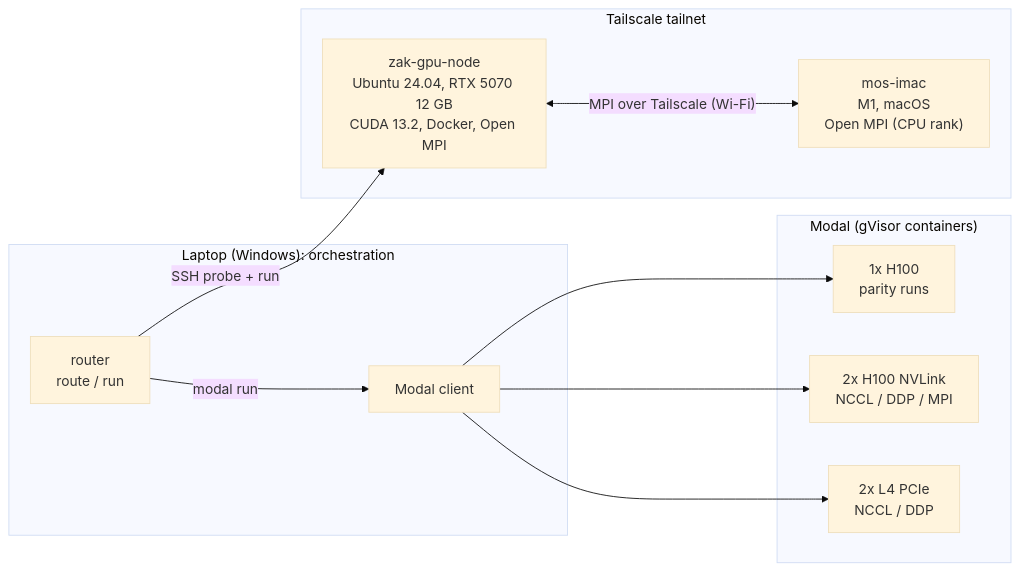
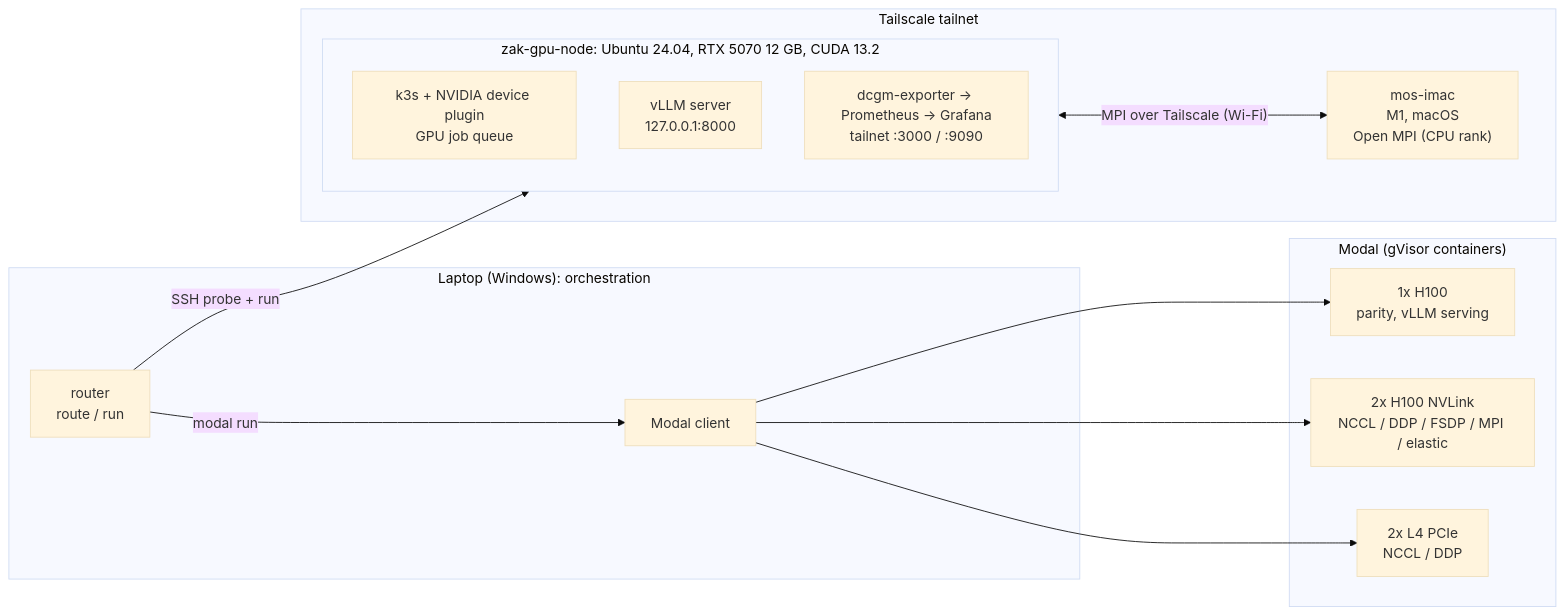
Before and after one commit to zakiscoding/gpu-systems-lab: the diagram in docs/RESULTS.md, drawn with Mermaid (base theme). The commit also changed other lines of this file and 3 other files, not shown here.

First line of the commit message:
Close GPU queue bypass, add node hardening script, update results

````diff
--- a/docs/RESULTS.md
+++ b/docs/RESULTS.md
@@ -8,20 +8,24 @@
 ```mermaid
 flowchart LR
     subgraph Laptop["Laptop (Windows): orchestration"]
         R["router<br/>route / run"]
         M["Modal client"]
     end
     subgraph Home["Tailscale tailnet"]
-        G["zak-gpu-node<br/>Ubuntu 24.04, RTX 5070 12 GB<br/>CUDA 13.2, Docker, Open MPI"]
+        subgraph G["zak-gpu-node: Ubuntu 24.04, RTX 5070 12 GB, CUDA 13.2"]
+            K["k3s + NVIDIA device plugin<br/>GPU job queue"]
+            V["vLLM server<br/>127.0.0.1:8000"]
+            O["dcgm-exporter → Prometheus → Grafana<br/>tailnet :3000 / :9090"]
+        end
         I["mos-imac<br/>M1, macOS<br/>Open MPI (CPU rank)"]
     end
     subgraph Modal["Modal (gVisor containers)"]
-        H1["1x H100<br/>parity runs"]
-        H2["2x H100 NVLink<br/>NCCL / DDP / MPI"]
+        H1["1x H100<br/>parity, vLLM serving"]
+        H2["2x H100 NVLink<br/>NCCL / DDP / FSDP / MPI / elastic"]
         L4["2x L4 PCIe<br/>NCCL / DDP"]
     end
     R -- "SSH probe + run" --> G
     R -- "modal run" --> M
     M --> H1 & H2 & L4
     G <-- "MPI over Tailscale (Wi-Fi)" --> I
 ```
````
